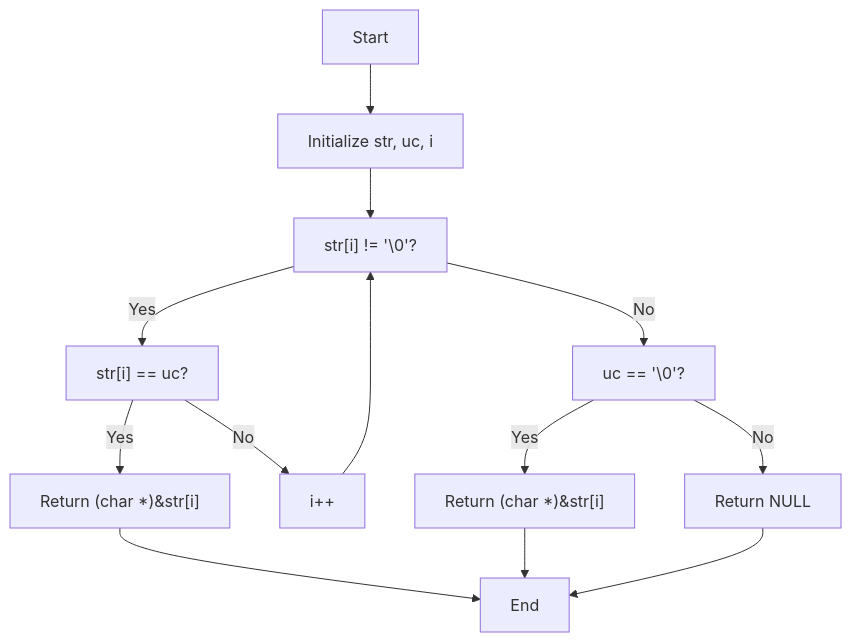
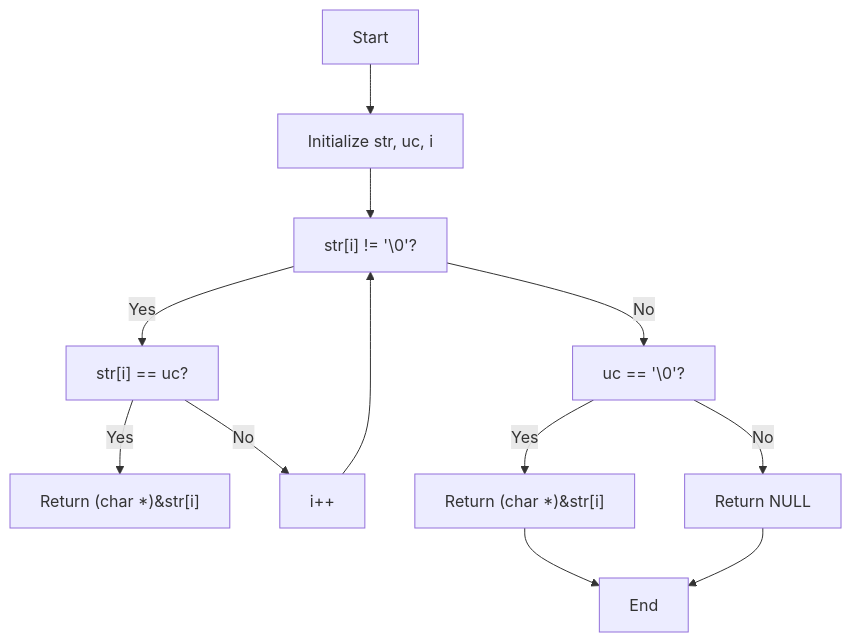
One commit to mgrl39/42Project changed the ninth of 12 diagrams in Libft/GUIDE.md. Above: the diagram before and after it, drawn with Mermaid.

````diff
--- a/Libft/GUIDE.md
+++ b/Libft/GUIDE.md
@@ -269,15 +269,14 @@
 ```mermaid
 flowchart TD
     A["Start"] --> B["Initialize str, uc, i"]
     B --> C["str[i] != '\0'?"]
     C -->|Yes| D["str[i] == uc?"]
     D -->|Yes| E["Return (char *)&str[i]"]
-    E --> F["End"]
-    D -->|No| G["i++"]
-    G --> C
-    C -->|No| H["uc == '\0'?"]
-    H -->|Yes| I["Return (char *)&str[i]"]
-    I --> F
-    H -->|No| J["Return NULL"]
-    J --> F
+    D -->|No| F["i++"]
+    F --> C
+    C -->|No| G["uc == '\0'?"]
+    G -->|Yes| H["Return (char *)&str[i]"]
+    G -->|No| I["Return NULL"]
+    H --> J["End"]
+    I --> J["End"]
 ```
````
